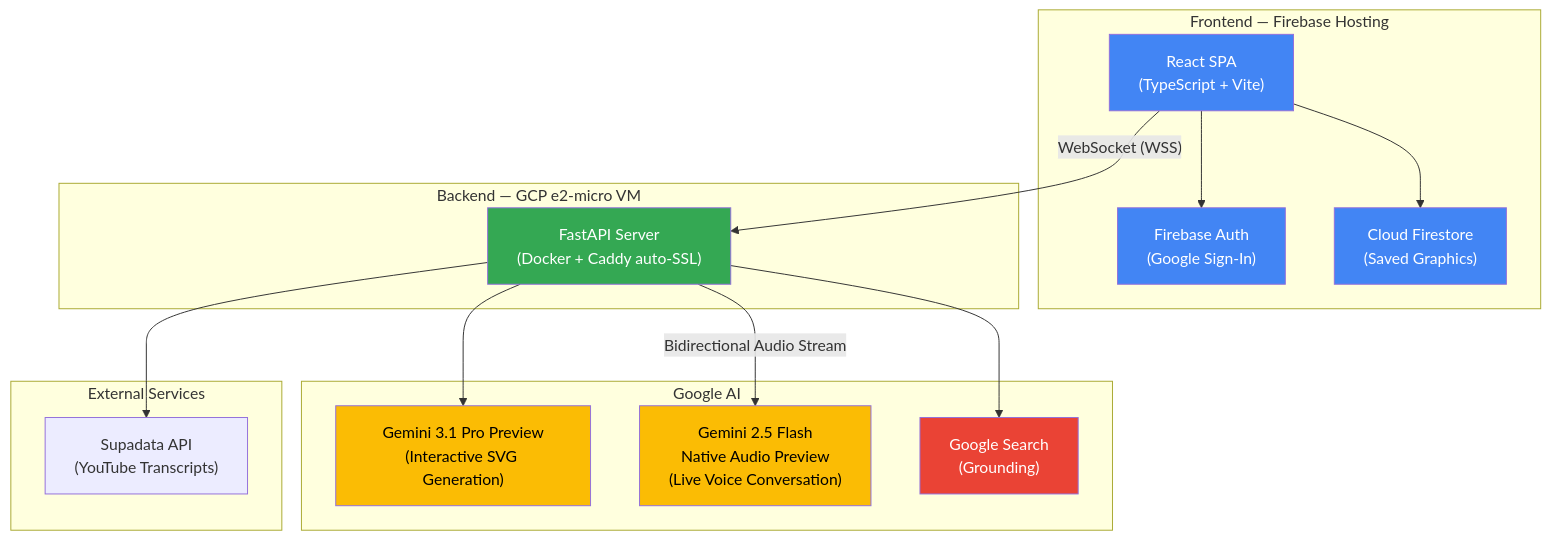
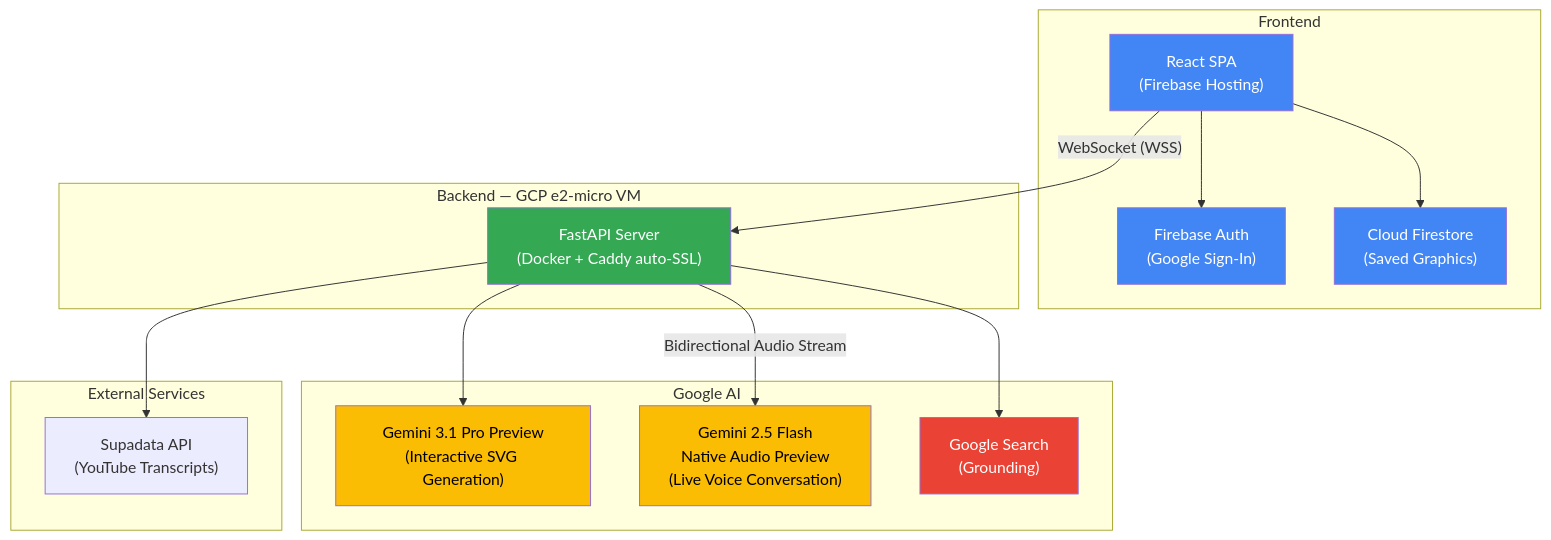
The first of 2 diagrams in README.md (ganjing15/Narluga), drawn with Mermaid before and after one commit. The commit also changed other lines of this file and 2 other files, not shown here.

Commit message:
add gitignore

````diff
--- a/README.md
+++ b/README.md
@@ -23,38 +23,38 @@
 ```mermaid
 graph TB
-    subgraph "Frontend — Firebase Hosting"
-        SPA["React SPA<br/>(TypeScript + Vite)"]
+    subgraph "Frontend"
+        SPA["React SPA<br/>(Firebase Hosting)"]
         AUTH["Firebase Auth<br/>(Google Sign-In)"]
         FS["Cloud Firestore<br/>(Saved Graphics)"]
     end
 
     subgraph "Backend — GCP e2-micro VM"
         API["FastAPI Server<br/>(Docker + Caddy auto-SSL)"]
     end
 
     subgraph "Google AI"
         PRO["Gemini 3.1 Pro Preview<br/>(Interactive SVG Generation)"]
         FLASH["Gemini 2.5 Flash<br/>Native Audio Preview<br/>(Live Voice Conversation)"]
         SEARCH["Google Search<br/>(Grounding)"]
     end
 
     subgraph "External Services"
         SUPA["Supadata API<br/>(YouTube Transcripts)"]
     end
 
     SPA -->|"WebSocket (WSS)"| API
     SPA --> AUTH
     SPA --> FS
     API --> PRO
     API -->|"Bidirectional Audio Stream"| FLASH
     API --> SEARCH
     API --> SUPA
 
     style SPA fill:#4285F4,color:#fff
     style API fill:#34A853,color:#fff
     style PRO fill:#FBBC04,color:#000
     style FLASH fill:#FBBC04,color:#000
     style SEARCH fill:#EA4335,color:#fff
     style AUTH fill:#4285F4,color:#fff
     style FS fill:#4285F4,color:#fff
 ```
````
